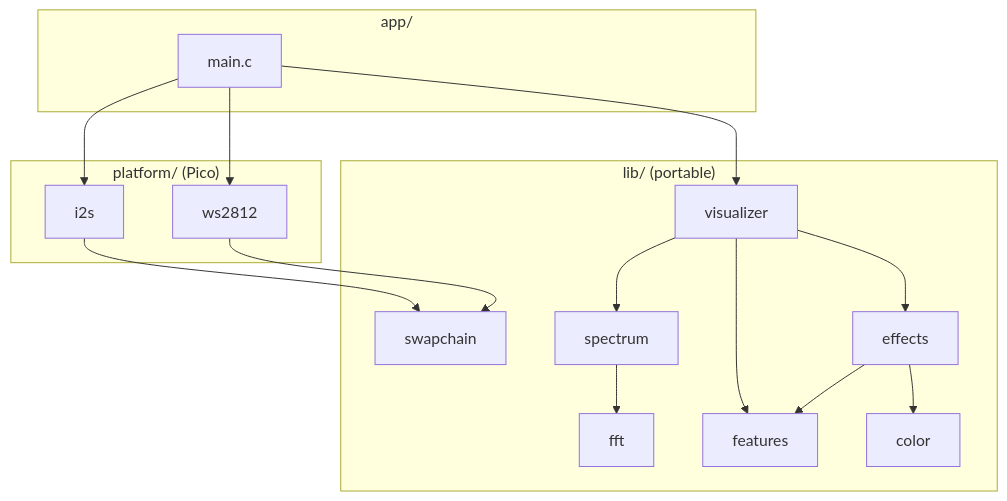
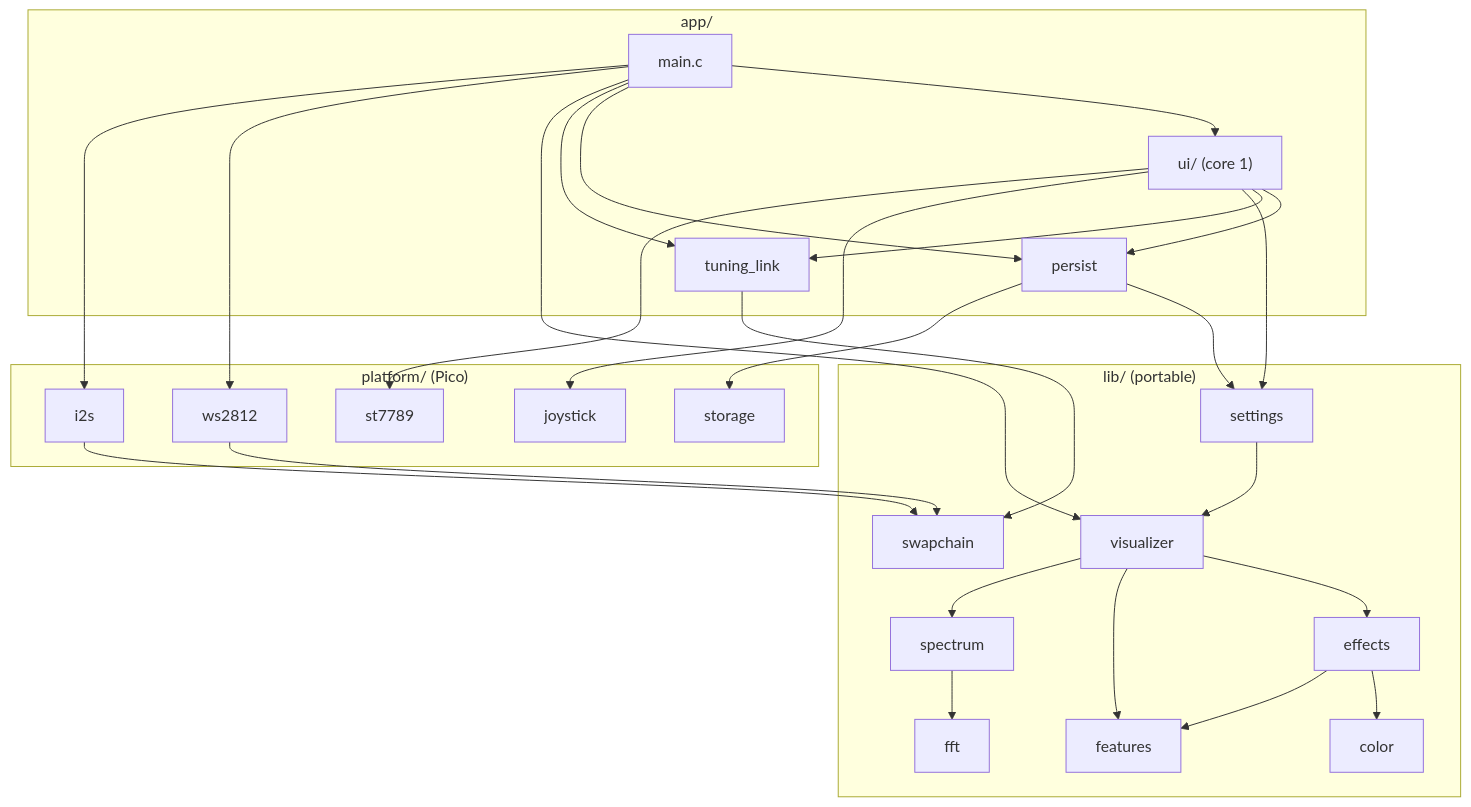
Before and after one commit to whyisitworking/light-painting: the second of 2 diagrams in README.md, drawn with Mermaid. The commit also changed other lines of this file, not shown here.

````diff
--- a/README.md
+++ b/README.md
@@ -224,18 +293,28 @@
 ```mermaid
 flowchart TB
     subgraph app ["app/"]
         main["main.c"]
+        ui["ui/ (core 1)"]
+        link["tuning_link"]
+        persist
     end
     subgraph platform ["platform/ (Pico)"]
         i2s
         ws2812
+        st7789
+        joystick
+        storage
     end
     subgraph lib ["lib/ (portable)"]
+        settings --> visualizer
         visualizer --> spectrum & features & effects
         spectrum --> fft
         effects --> features & color
         swapchain
     end
-    main --> i2s & ws2812 & visualizer
+    main --> i2s & ws2812 & visualizer & link & persist & ui
+    ui --> st7789 & joystick & settings & link & persist
+    persist --> storage & settings
+    link --> swapchain
     i2s & ws2812 --> swapchain
 ```
````
